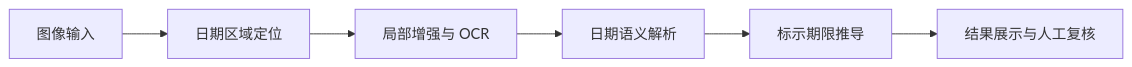
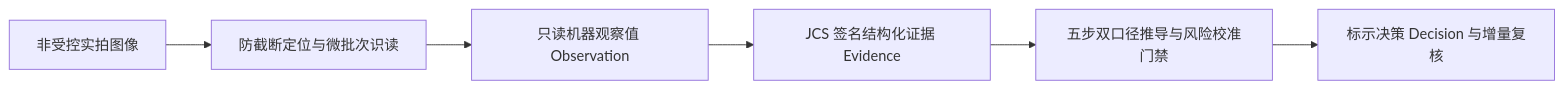
The diagram in profile/README.md (QingMouFoodDate/.github), drawn with Mermaid before and after one commit. The commit also changed other lines of this file, not shown here.

````diff
--- a/profile/README.md
+++ b/profile/README.md
@@ -38,8 +32,8 @@
 ```mermaid
 flowchart LR
-    A["图像输入"] --> B["日期区域定位"]
-    B --> C["局部增强与 OCR"]
-    C --> D["日期语义解析"]
-    D --> E["标示期限推导"]
-    E --> F["结果展示与人工复核"]
+    A["非受控实拍图像"] --> B["防截断定位与微批次识读"]
+    B --> C["只读机器观察值 Observation"]
+    C --> D["JCS 签名结构化证据 Evidence"]
+    D --> E["五步双口径推导与风险校准门禁"]
+    E --> F["标示决策 Decision 与增量复核"]
 ```
````
